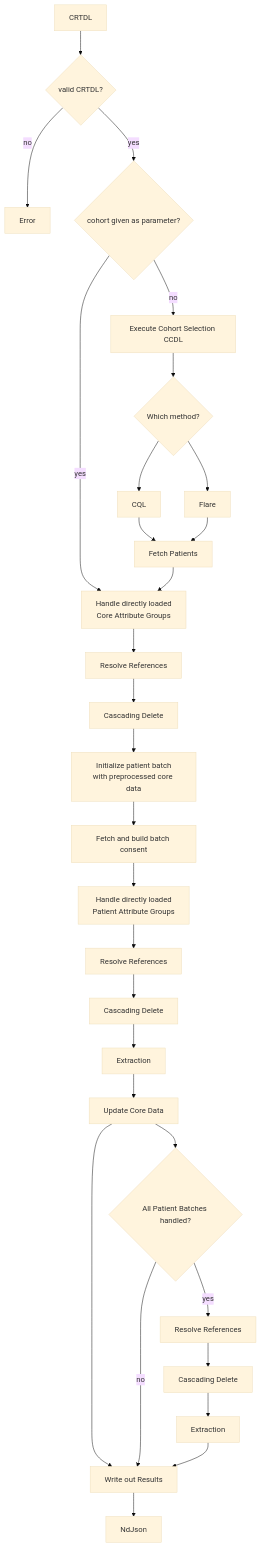
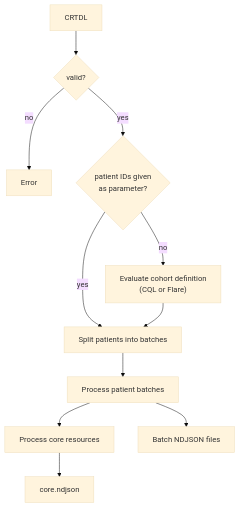
The first of 2 diagrams in docs/implementation/implementation-overview.md (medizininformatik-initiative/torch), drawn with Mermaid (base theme) before and after one commit. The commit also changed other lines of this file, not shown here.

````diff
--- a/docs/implementation/implementation-overview.md
+++ b/docs/implementation/implementation-overview.md
@@ -23,33 +26,16 @@
 ```mermaid
 flowchart TD
-    A[CRTDL] --> B{valid CRTDL?}
+    A[CRTDL] --> B{valid?}
     B -->|no| C[Error]
-    B -->|yes| D{cohort given as parameter?}
-    D -->|no| E[Execute Cohort Selection CCDL]
-    D -->|yes| F["Handle directly loaded<br/>Core Attribute Groups"]
-    E --> G{Which method?}
-    G --> H[CQL]
-    G --> I[Flare]
-    H --> J[Fetch Patients]
-    I --> J
-    J --> F
-    F --> K[Resolve References]
-    K --> L[Cascading Delete]
-    L --> M["Initialize patient batch<br/>with preprocessed core data"]
-    M --> N[Fetch and build batch consent]
-    N --> O["Handle directly loaded<br/>Patient Attribute Groups"]
-    O --> P[Resolve References]
-    P --> Q[Cascading Delete]
-    Q --> R[Extraction]
-    R --> S[Update Core Data]
-    S --> T[Write out Results]
-    T --> U[NdJson]
-    S --> V{All Patient Batches handled?}
-    V -->|yes| W[Resolve References]
-    V -->|no| T
-    W --> X[Cascading Delete]
-    X --> Y[Extraction]
-    Y --> T
+    B -->|yes| D{patient IDs given<br/>as parameter?}
+    D -->|no| E["Evaluate cohort definition<br/>(CQL or Flare)"]
+    D -->|yes| F[Split patients into batches]
+    E --> F
+    F --> G[Process patient batches]
+    G --> H[Process core resources]
+    G --> I["Batch NDJSON files"]
+    H --> J["core.ndjson"]
     class C errorNode
-    class U successNode
+    class I successNode
+    class J successNode
 ```
````
